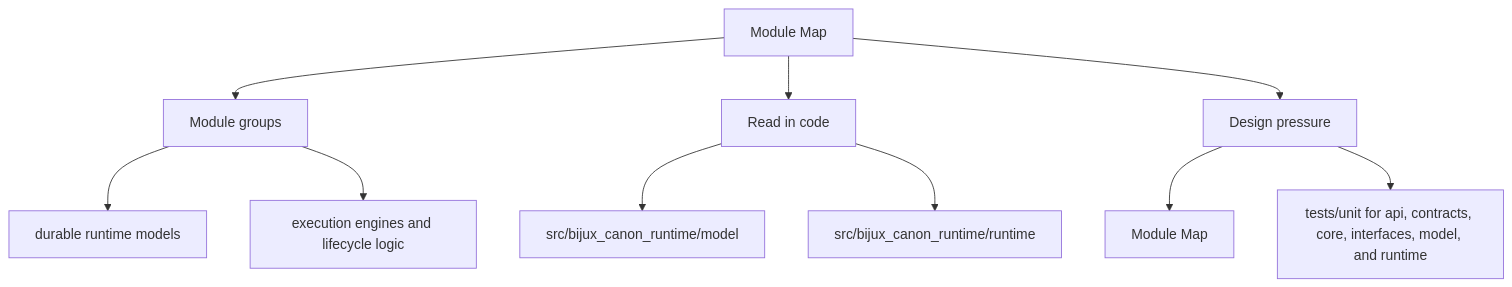
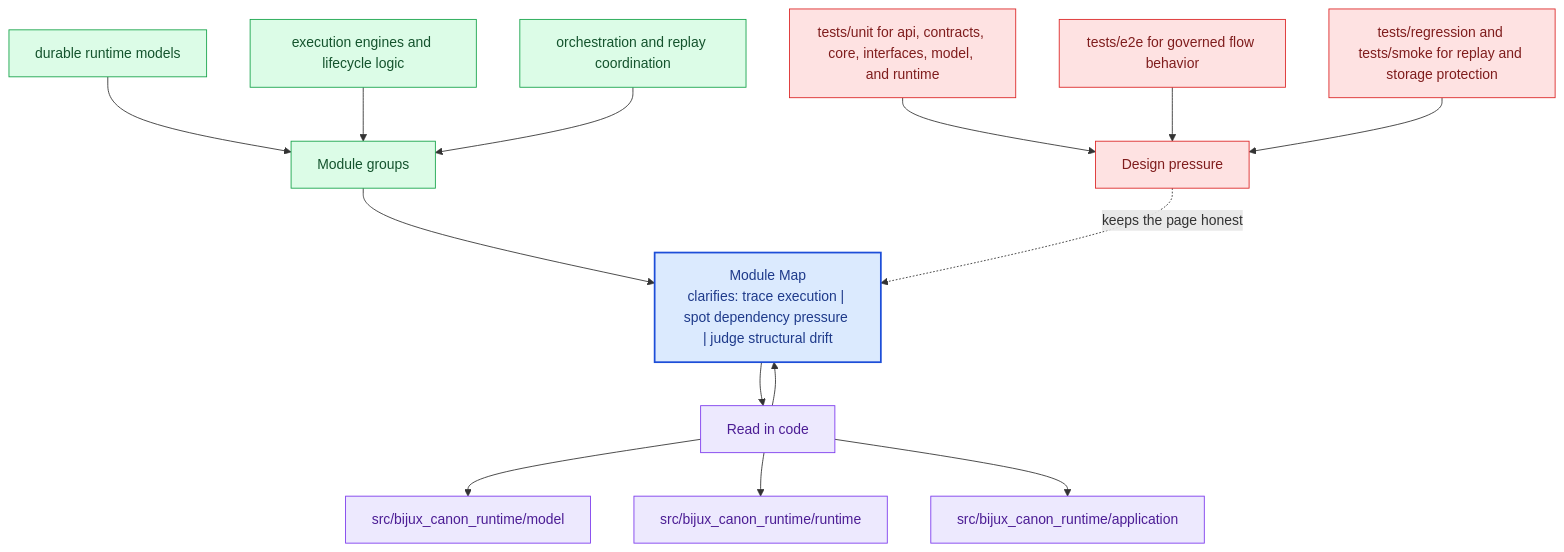
One commit to bijux/bijux-canon changed the second of 2 diagrams in docs/bijux-canon-runtime/architecture/module-map.md. Above: the diagram before and after it, drawn with Mermaid. The commit also changed other lines of this file and 281 other files, not shown here.

Commit message:
docs(diagrams): deepen handbook mermaid maps across the catalog

````diff
--- a/docs/bijux-canon-runtime/architecture/module-map.md
+++ b/docs/bijux-canon-runtime/architecture/module-map.md
@@ -35,22 +68,40 @@
 ```mermaid
-flowchart TD
-    page["Module Map"]
+flowchart TB
+    promise["Module Map<br/>clarifies: trace execution | spot dependency pressure | judge structural drift"]
+    classDef promise fill:#dbeafe,stroke:#1d4ed8,color:#1e3a8a,stroke-width:2px;
+    classDef driver fill:#dcfce7,stroke:#16a34a,color:#14532d;
+    classDef constraint fill:#fee2e2,stroke:#dc2626,color:#7f1d1d;
+    classDef ground fill:#ede9fe,stroke:#7c3aed,color:#4c1d95;
     focus1["Module groups"]
-    page --> focus1
+    focus1 --> promise
     focus1_1["durable runtime models"]
-    focus1 --> focus1_1
+    focus1_1 --> focus1
     focus1_2["execution engines and lifecycle logic"]
-    focus1 --> focus1_2
+    focus1_2 --> focus1
+    focus1_3["orchestration and replay coordination"]
+    focus1_3 --> focus1
+    class focus1 driver;
+    class focus1_1,focus1_2,focus1_3 driver;
     focus2["Read in code"]
-    page --> focus2
+    focus2 --> promise
+    promise --> focus2
     focus2_1["src/bijux_canon_runtime/model"]
     focus2 --> focus2_1
     focus2_2["src/bijux_canon_runtime/runtime"]
     focus2 --> focus2_2
+    focus2_3["src/bijux_canon_runtime/application"]
+    focus2 --> focus2_3
+    class focus2 ground;
+    class focus2_1,focus2_2,focus2_3 ground;
     focus3["Design pressure"]
-    page --> focus3
-    focus3_1["Module Map"]
-    focus3 --> focus3_1
-    focus3_2["tests/unit for api, contracts, core, interfaces, model, and runtime"]
-    focus3 --> focus3_2
+    focus3 -.keeps the page honest.-> promise
+    focus3_1["tests/unit for api, contracts, core, interfaces, model, and runtime"]
+    focus3_1 --> focus3
+    focus3_2["tests/e2e for governed flow behavior"]
+    focus3_2 --> focus3
+    focus3_3["tests/regression and tests/smoke for replay and storage protection"]
+    focus3_3 --> focus3
+    class focus3 constraint;
+    class focus3_1,focus3_2,focus3_3 constraint;
+    class promise promise;
 ```
````
